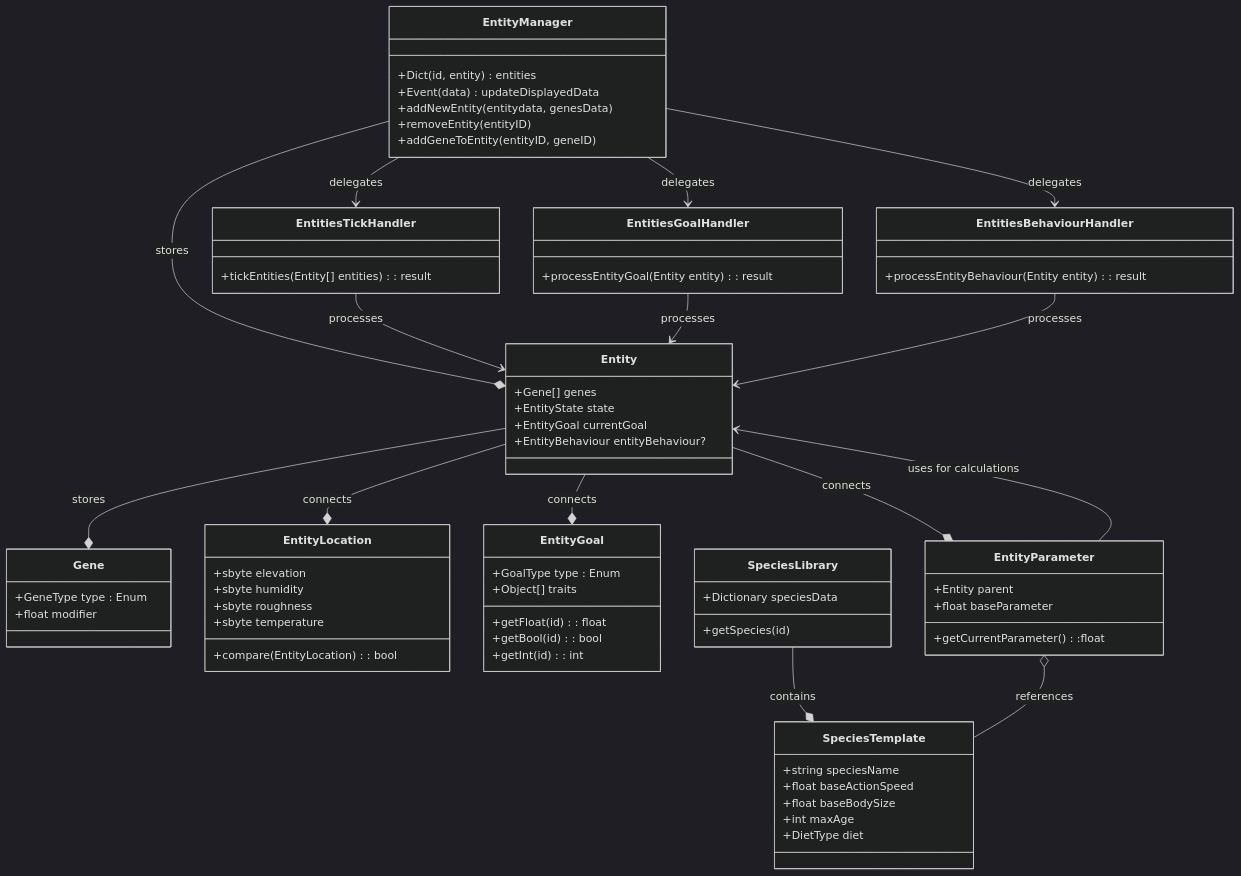
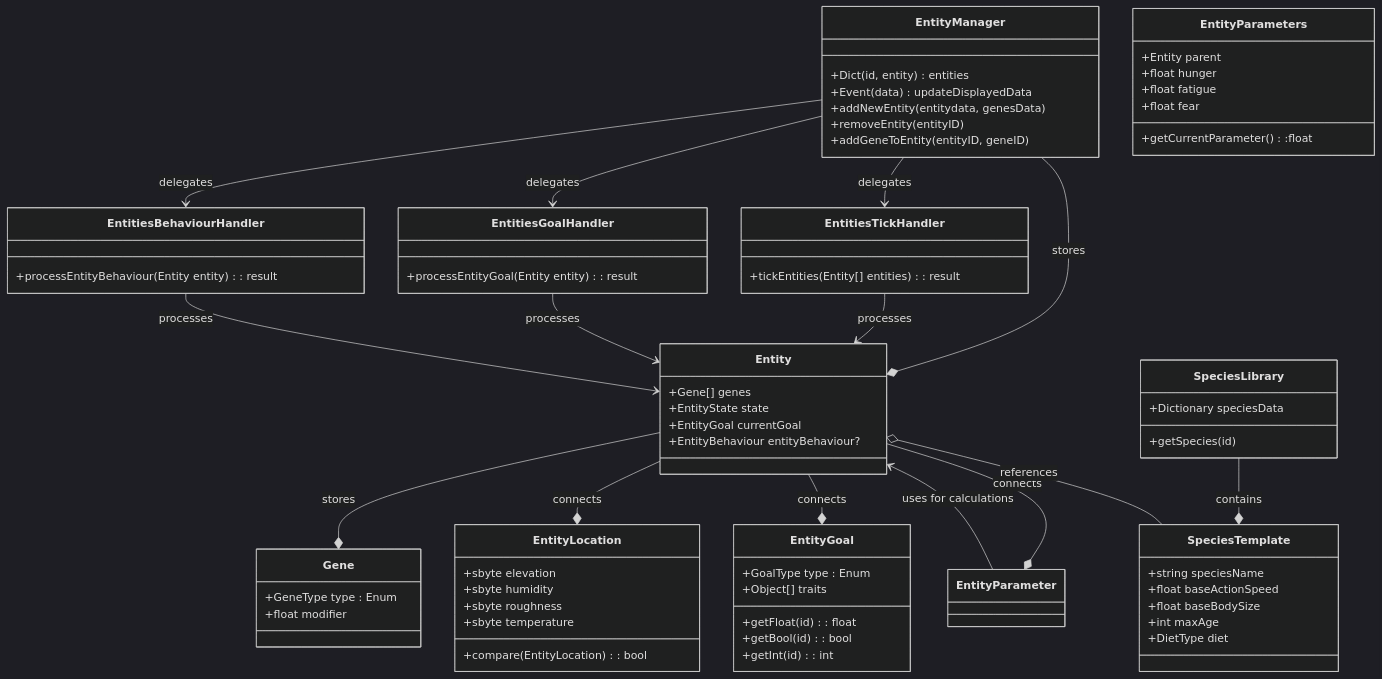
Before and after one commit to Mephris/Wilder: the third of 5 diagrams in TDD/TDD_Animals.md, drawn with Mermaid (dark theme). The commit also changed other lines of this file, not shown here.

````diff
--- a/TDD/TDD_Animals.md
+++ b/TDD/TDD_Animals.md
@@ -94,11 +94,13 @@
 	+getInt(id) : int
 }
 
-class EntityParameter {
-	+Entity parent
-	+float baseParameter
-	
-	+getCurrentParameter():float
+class EntityParameters {
+    +Entity parent
+    +float hunger
+    +float fatigue
+    +float fear
+     
+    +getCurrentParameter():float
 }
 
 
@@ -129,5 +131,5 @@
 Entity --* EntityParameter : connects
 EntityParameter -->  Entity : uses for calculations
 SpeciesLibrary --* SpeciesTemplate : contains
-EntityParameter o-- SpeciesTemplate : references
+Entity o-- SpeciesTemplate : references
 ```
````
